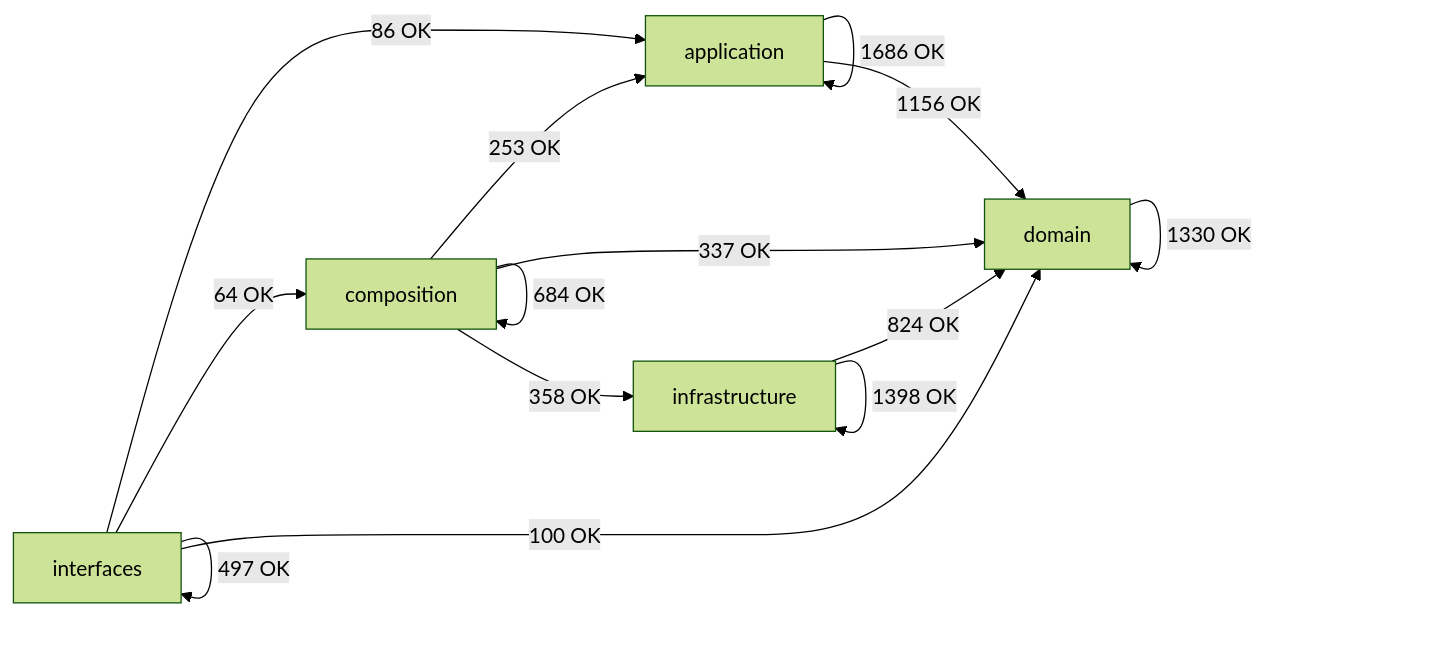
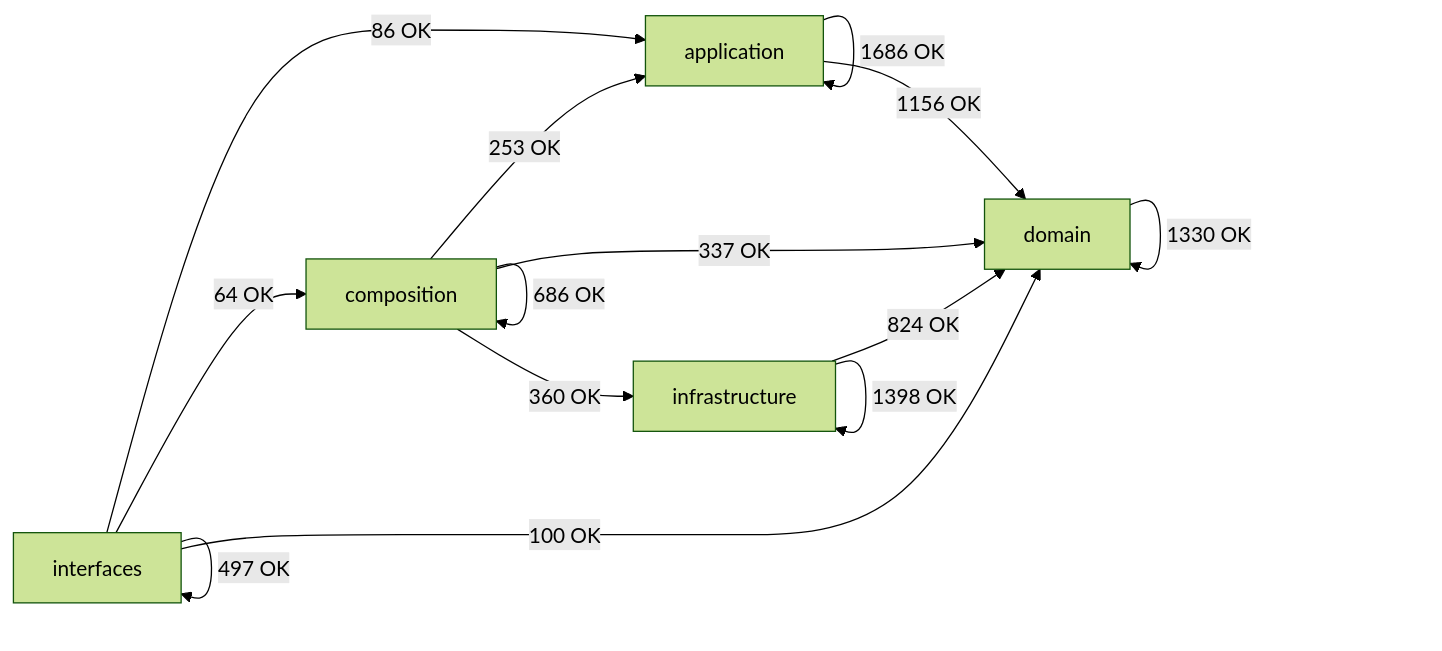
The diagram in docs/02-architecture/generated/module-dependency-map.md (SatoryKono/BioactivityDataAcquisition), drawn with Mermaid (forest theme) before and after one commit. The commit also changed other lines of this file and 90 other files, not shown here.

````diff
--- a/docs/02-architecture/generated/module-dependency-map.md
+++ b/docs/02-architecture/generated/module-dependency-map.md
@@ -17,21 +17,21 @@
 ```mermaid
 flowchart LR
     domain[domain]
     application[application]
     infrastructure[infrastructure]
     composition[composition]
     interfaces[interfaces]
     application -->|1686 OK| application
     application -->|1156 OK| domain
     composition -->|253 OK| application
-    composition -->|684 OK| composition
+    composition -->|686 OK| composition
     composition -->|337 OK| domain
-    composition -->|358 OK| infrastructure
+    composition -->|360 OK| infrastructure
     domain -->|1330 OK| domain
     infrastructure -->|824 OK| domain
     infrastructure -->|1398 OK| infrastructure
     interfaces -->|86 OK| application
     interfaces -->|64 OK| composition
     interfaces -->|100 OK| domain
     interfaces -->|497 OK| interfaces
 ```
````
